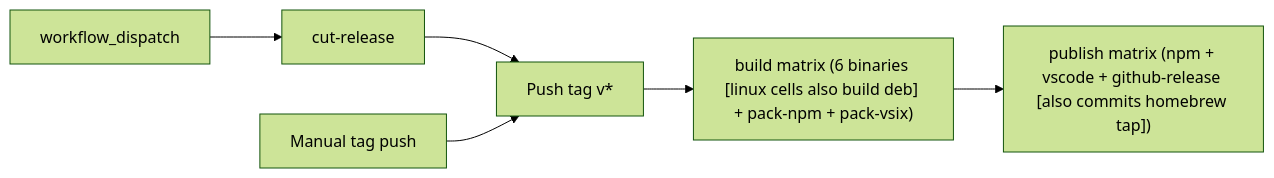
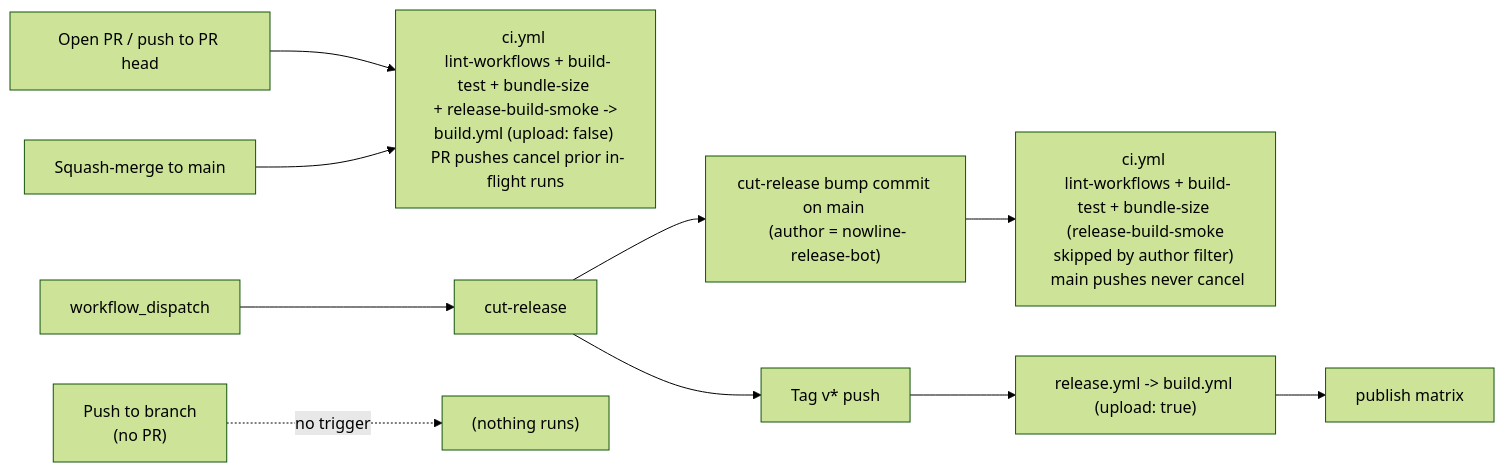
The diagram in specs/releasing.md (lolay/nowline), drawn with Mermaid (forest theme) before and after one commit. The commit also changed other lines of this file and 10 other files, not shown here.

First line of the commit message:
refactor(ci): shift-left build validation via reusable build.yml (#42)

````diff
--- a/specs/releasing.md
+++ b/specs/releasing.md
@@ -74,8 +76,10 @@
 ```mermaid
 flowchart LR
-    dispatch[workflow_dispatch] --> cut[cut-release]
-    cut --> tagpush[Push tag v*]
-    direct[Manual tag push] --> tagpush
-    tagpush --> build["build matrix (6 binaries [linux cells also build deb] + pack-npm + pack-vsix)"]
-    build --> publish["publish matrix (npm + vscode + github-release [also commits homebrew tap])"]
+    prOpen["Open PR / push to PR head"] --> ci["ci.yml \n lint-workflows + build-test + bundle-size \n + release-build-smoke -> build.yml (upload: false) \n PR pushes cancel prior in-flight runs"]
+    mergePush["Squash-merge to main"] --> ci
+    bumppush["cut-release bump commit on main \n (author = nowline-release-bot)"] --> ciLight["ci.yml \n lint-workflows + build-test + bundle-size \n (release-build-smoke skipped by author filter) \n main pushes never cancel"]
+    tagpush["Tag v* push"] --> reuse2["release.yml -> build.yml (upload: true)"] --> publish["publish matrix"]
+    dispatch["workflow_dispatch"] --> cut[cut-release] --> bumppush
+    cut --> tagpush
+    branchPush["Push to branch \n (no PR)"] -.->|no trigger| void["(nothing runs)"]
 ```
````
